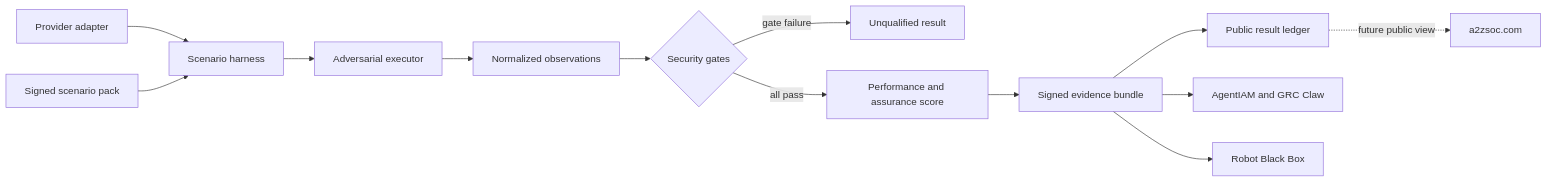
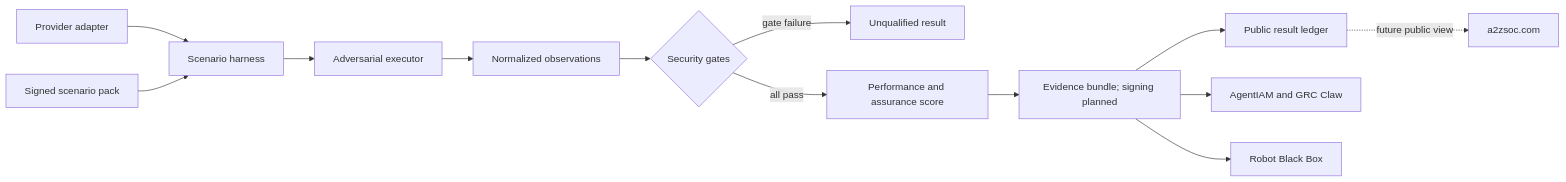
Before and after one commit to AAH20/identity-fabric-benchmarks: the diagram in README.md, drawn with Mermaid. The commit also changed other lines of this file and 13 other files, not shown here.

````diff
--- a/README.md
+++ b/README.md
@@ -18,15 +18,15 @@
 ```mermaid
 flowchart LR
     P[Provider adapter] --> H[Scenario harness]
     S[Signed scenario pack] --> H
     H --> A[Adversarial executor]
     A --> O[Normalized observations]
     O --> G{Security gates}
     G -->|gate failure| F[Unqualified result]
     G -->|all pass| M[Performance and assurance score]
-    M --> E[Signed evidence bundle]
+    M --> E[Evidence bundle; signing planned]
     E --> L[Public result ledger]
     E --> C[AgentIAM and GRC Claw]
     E --> R[Robot Black Box]
     L -. future public view .-> W[a2zsoc.com]
 ```
````
